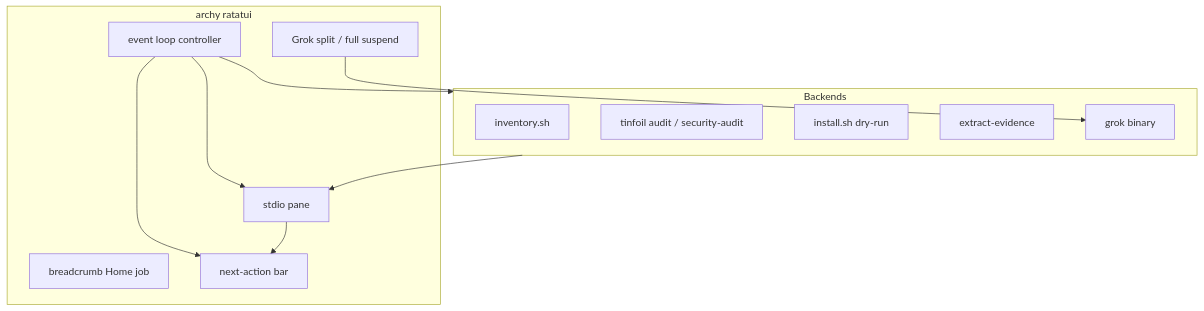
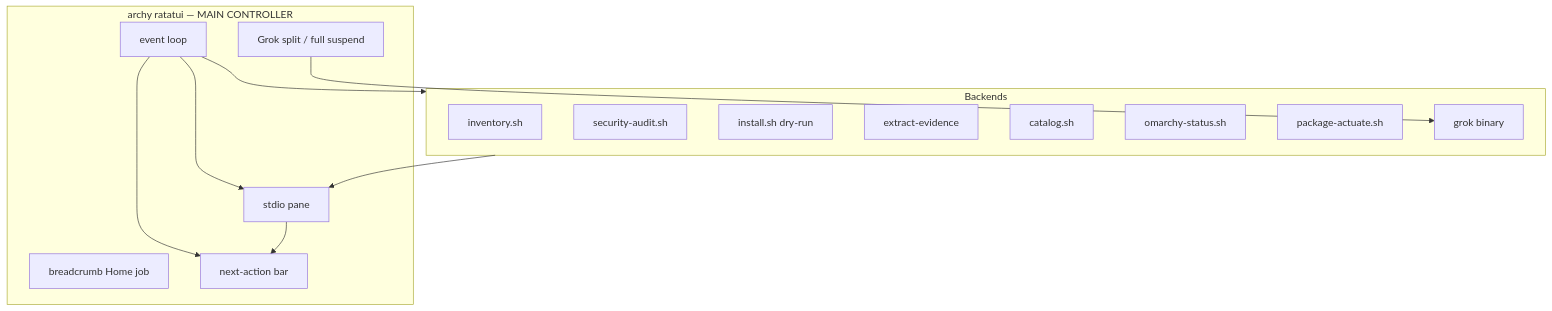
One commit to p10ns11y/arch-machine changed the sixth of 9 diagrams in arch-design/coming-next.md. Above: the diagram before and after it, drawn with Mermaid. The commit also changed other lines of this file and 3 other files, not shown here.

First line of the commit message:
docs: center archy as main controller; demote tinfoil shim

````diff
--- a/arch-design/coming-next.md
+++ b/arch-design/coming-next.md
@@ -233,23 +270,26 @@
 ```mermaid
 flowchart TB
-  subgraph rust [archy ratatui]
-    Loop[event loop controller]
+  subgraph rust [archy ratatui — MAIN CONTROLLER]
+    Loop[event loop]
     Crumb[breadcrumb Home job]
     Out[stdio pane]
     Next[next-action bar]
     GrokDock[Grok split / full suspend]
   end
   subgraph be [Backends]
     inv[inventory.sh]
-    audit[tinfoil audit / security-audit]
+    audit[security-audit.sh]
     install[install.sh dry-run]
     evidence[extract-evidence]
+    catalog[catalog.sh]
+    omarchy[omarchy-status.sh]
+    actuate[package-actuate.sh]
     grokBin[grok binary]
   end
   Loop --> Out
   Loop --> Next
   Loop --> be
   GrokDock --> grokBin
   be --> Out
   Out --> Next
 ```
````
